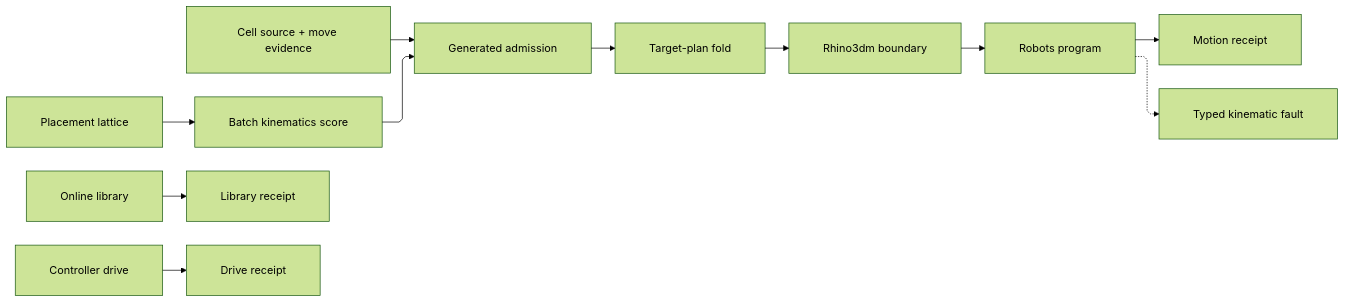
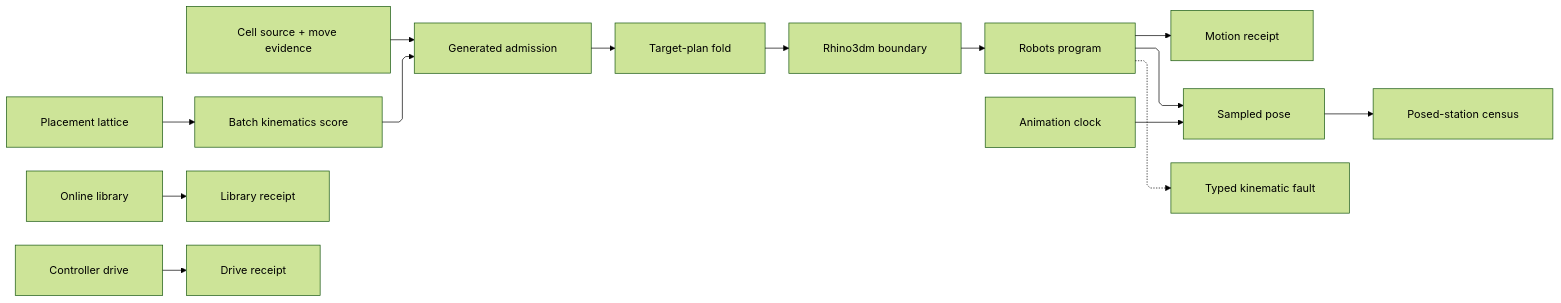
The diagram in libs/csharp/Rasm.Fabrication/.planning/Kinematics/cell.md (bsamiee/Rasm), drawn with Mermaid (forest theme) before and after one commit. The commit also changed other lines of this file and 693 other files, not shown here.

````diff
--- a/libs/csharp/Rasm.Fabrication/.planning/Kinematics/cell.md
+++ b/libs/csharp/Rasm.Fabrication/.planning/Kinematics/cell.md
@@ -707,22 +912,25 @@
 ```mermaid
 ---
 config:
   layout: elk
   flowchart:
     curve: linear
     padding: 25
 ---
 flowchart LR
     accTitle: Robot-cell lifecycle
-    accDescr: Admitted cell identity and move evidence generate Cartesian or joint targets, cross the Rhino3dm boundary once, compile through the Robots program owner, fold provider diagnostics into typed faults, and project the frozen motion receipt while library and controller effects remain separate boundary modalities.
+    accDescr: Admitted cell identity and move evidence generate Cartesian or joint targets, cross the Rhino3dm boundary once, compile through the Robots program owner, fold provider diagnostics into typed faults, and project the frozen motion receipt or the sampled pose census while library and controller effects remain separate boundary modalities.
     Raw["Cell source + move evidence"] --> Admit["Generated admission"]
     Search["Placement lattice"] --> Batch["Batch kinematics score"]
     Batch --> Admit
     Admit --> Plan["Target-plan fold"]
     Plan --> Alias["Rhino3dm boundary"]
     Alias --> Program["Robots program"]
     Program --> Motion["Motion receipt"]
+    Clock["Animation clock"] --> Sample["Sampled pose"]
+    Program --> Sample
+    Sample --> Census["Posed-station census"]
     Program -.-> Fault["Typed kinematic fault"]
     Library["Online library"] --> Catalog["Library receipt"]
     Drive["Controller drive"] --> DriveFact["Drive receipt"]
 ```
````
